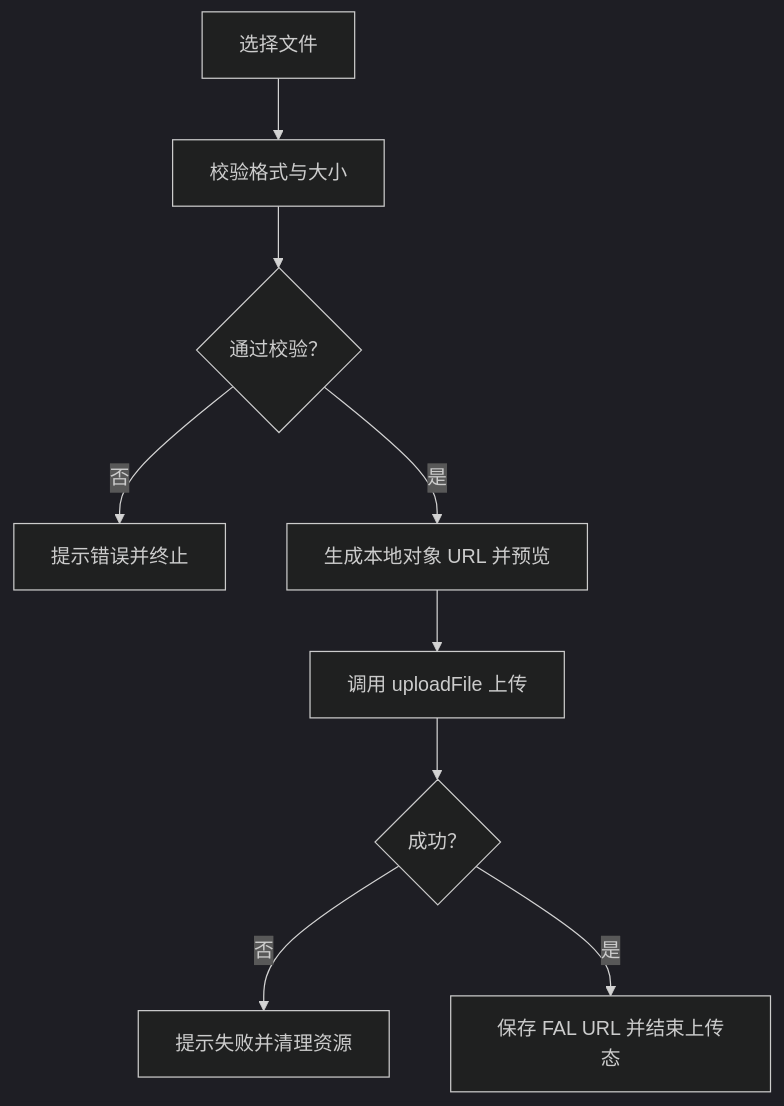
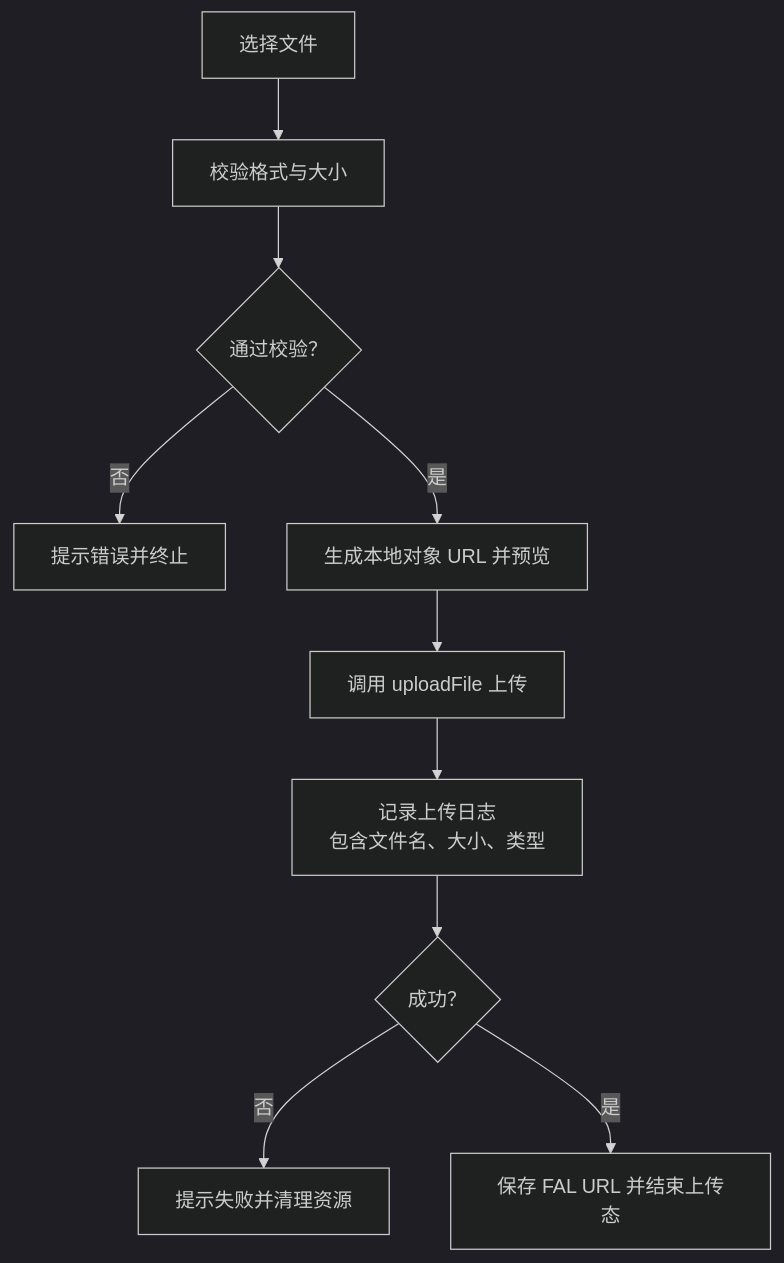
One commit to billye220670/BananaFlow2 changed the sixth of 11 diagrams in .qoder/repowiki/zh/content/核心功能模块/AI API 集成.md. Above: the diagram before and after it, drawn with Mermaid (dark theme). The commit also changed other lines of this file and 22 other files, not shown here.

````diff
--- a/.qoder/repowiki/zh/content/核心功能模块/AI API 集成.md
+++ b/.qoder/repowiki/zh/content/核心功能模块/AI API 集成.md
@@ -260,11 +267,12 @@
 ```mermaid
 flowchart TD
 Pick["选择文件"] --> Validate["校验格式与大小"]
 Validate --> Valid{"通过校验？"}
 Valid -- 否 --> Toast["提示错误并终止"]
 Valid -- 是 --> Preview["生成本地对象 URL 并预览"]
 Preview --> Upload["调用 uploadFile 上传"]
-Upload --> Done{"成功？"}
+Upload --> Log["记录上传日志<br/>包含文件名、大小、类型"]
+Log --> Done{"成功？"}
 Done -- 否 --> Cleanup["提示失败并清理资源"]
 Done -- 是 --> Save["保存 FAL URL 并结束上传态"]
 ```
````
